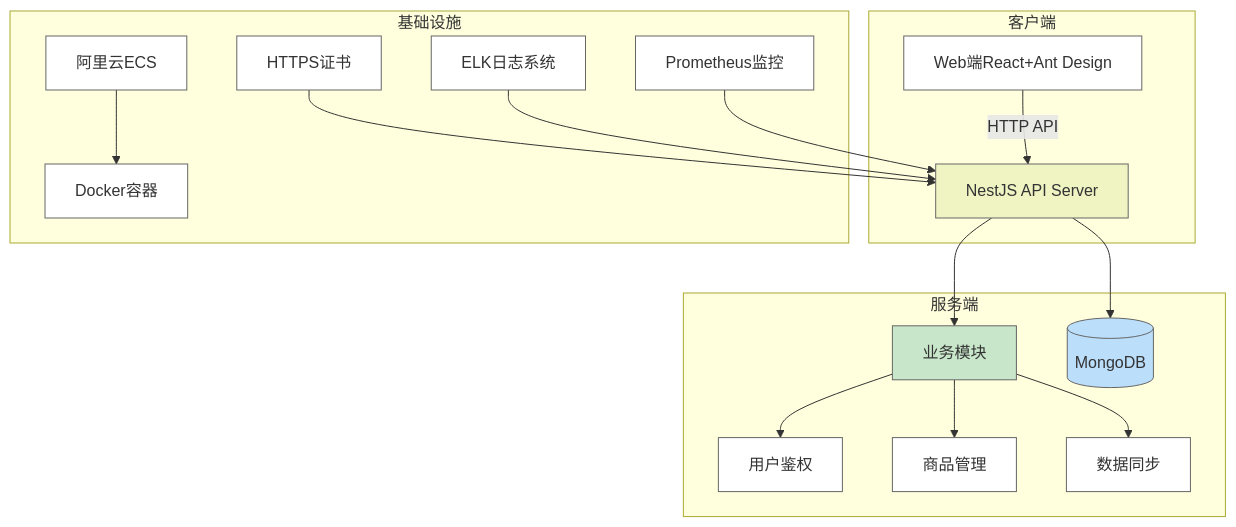
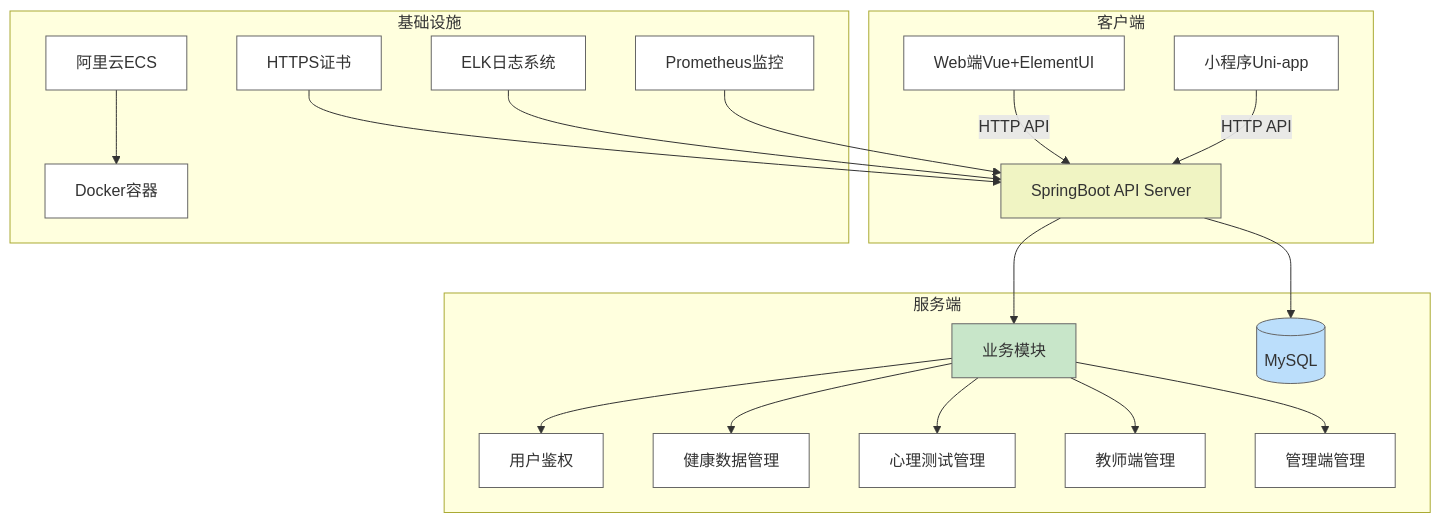
The diagram in architecture/README.md (onlygggxk/docs), drawn with Mermaid before and after one commit.

Commit message:
修改

````diff
--- a/architecture/README.md
+++ b/architecture/README.md
@@ -5,27 +5,30 @@
 ```mermaid
 flowchart TB
     subgraph 客户端
-        A[Web端React+Ant Design] -->|HTTP API| D
+        A[Web端Vue+ElementUI] -->|HTTP API| D
+        B[小程序Uni-app] -->|HTTP API| D
     end
 
     subgraph 服务端
-        D[NestJS API Server] --> E[业务模块]
+        D[SpringBoot API Server] --> E[业务模块]
         E --> F[用户鉴权]
-        E --> G[商品管理]
-        E --> H[数据同步]
-        D --> I[(MongoDB)]
+        E --> G[健康数据管理]
+        E --> H[心理测试管理]
+        E --> I[教师端管理]
+        E --> J[管理端管理]
+        D --> K[(MySQL)]
     end
 
     subgraph 基础设施
         L[阿里云ECS] --> M[Docker容器]
         N[HTTPS证书] --> D
         O[ELK日志系统] --> D
         P[Prometheus监控] --> D
     end
 
     style D fill:#F0F4C3
     style E fill:#C8E6C9
-    style I fill:#BBDEFB
+    style K fill:#BBDEFB
     classDef tech fill:#fff,stroke:#666;
-    class A,B,C,D,E,F,G,H,I,J,K,L,M,N,O,P tech
+    class A,B,D,E,F,G,H,I,J,K,L,M,N,O,P tech
 ```
````
